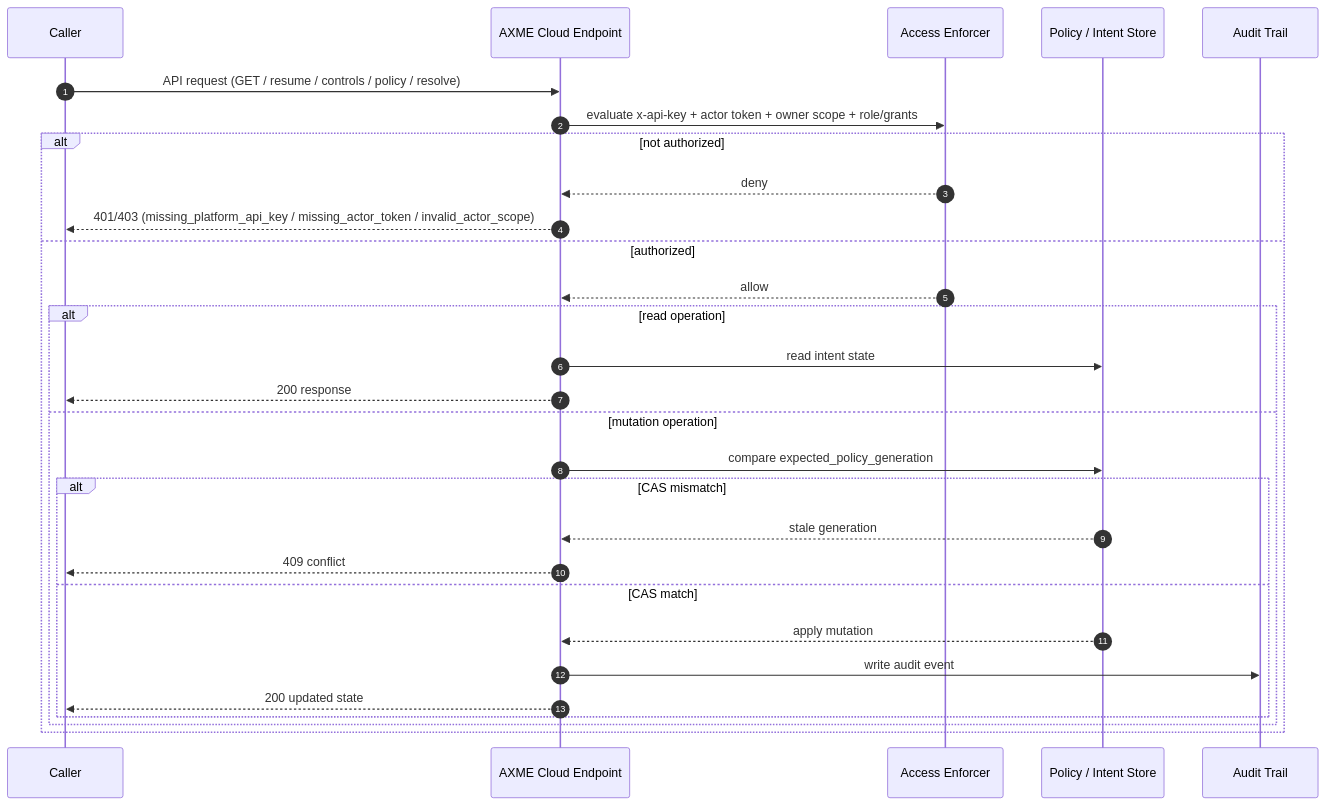
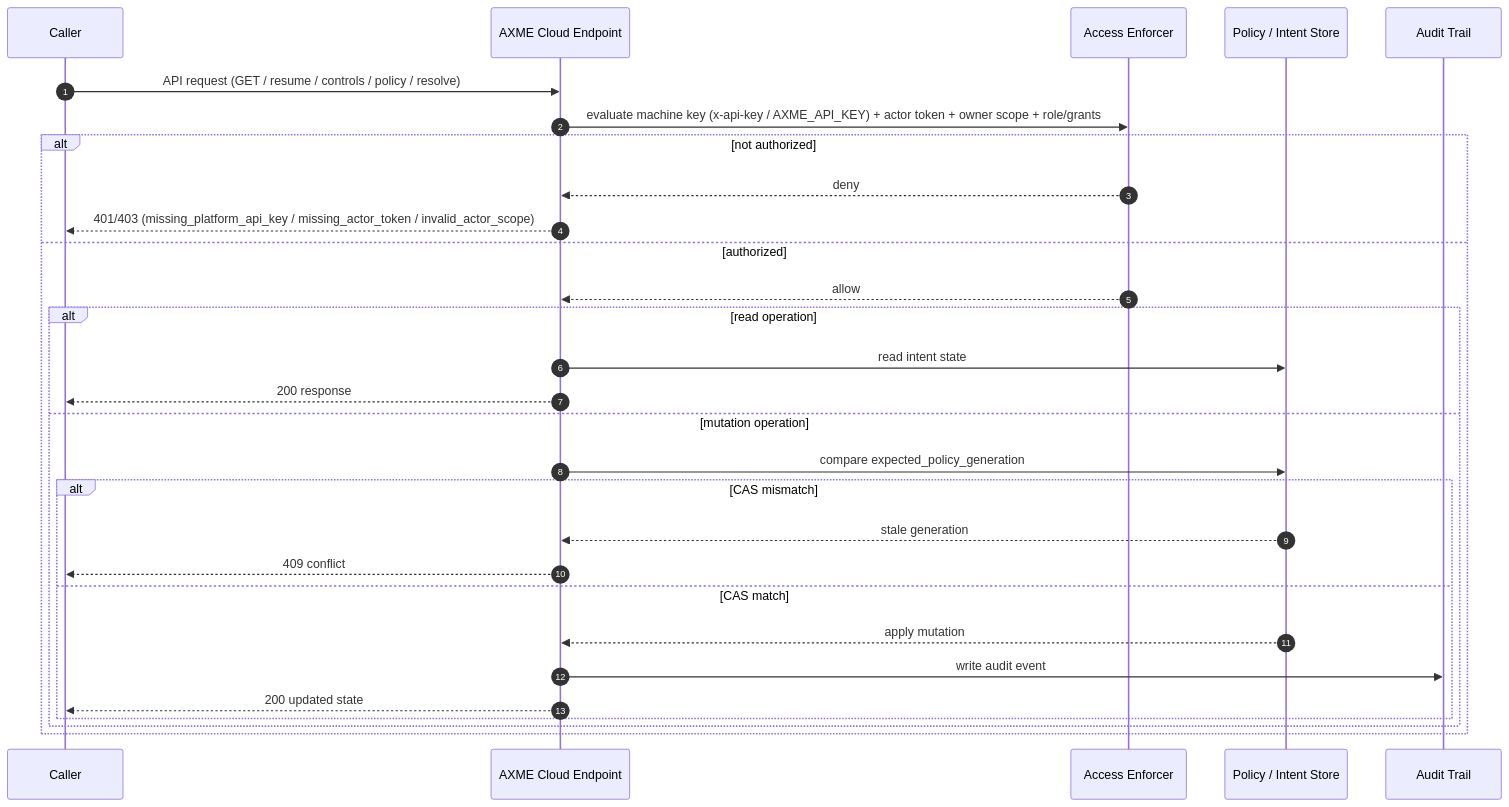
One commit to AxmeAI/axme-docs changed the diagram in docs/diagrams/intents/07-access-control-matrix.mmd. Above: the diagram before and after it, drawn with Mermaid. The commit also changed 12 other files, not shown here.

First line of the commit message:
docs: clarify cloud vs protocol usage and machine-key auth semantics (#40)

```diff
--- a/docs/diagrams/intents/07-access-control-matrix.mmd
+++ b/docs/diagrams/intents/07-access-control-matrix.mmd
@@ -1,31 +1,31 @@
 sequenceDiagram
     autonumber
     participant C  as Caller
     participant G  as AXME Cloud Endpoint
     participant AZ as Access Enforcer
     participant P  as Policy / Intent Store
     participant AU as Audit Trail
 
     C  ->> G:  API request (GET / resume / controls / policy / resolve)
-    G  ->> AZ: evaluate x-api-key + actor token + owner scope + role/grants
+    G  ->> AZ: evaluate machine key (x-api-key / AXME_API_KEY) + actor token + owner scope + role/grants
 
     alt not authorized
         AZ -->> G: deny
         G  -->> C: 401/403 (missing_platform_api_key / missing_actor_token / invalid_actor_scope)
     else authorized
         AZ -->> G: allow
         alt read operation
             G  ->> P:  read intent state
             G  -->> C: 200 response
         else mutation operation
             G  ->> P:  compare expected_policy_generation
             alt CAS mismatch
                 P  -->> G: stale generation
                 G  -->> C: 409 conflict
             else CAS match
                 P  -->> G: apply mutation
                 G  ->> AU: write audit event
                 G  -->> C: 200 updated state
             end
         end
     end
```
